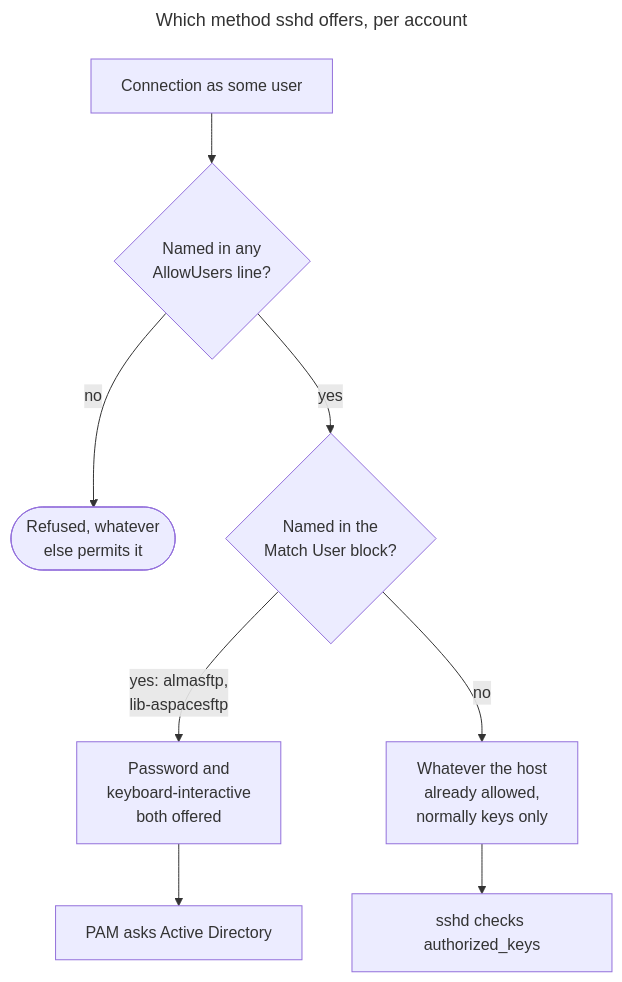
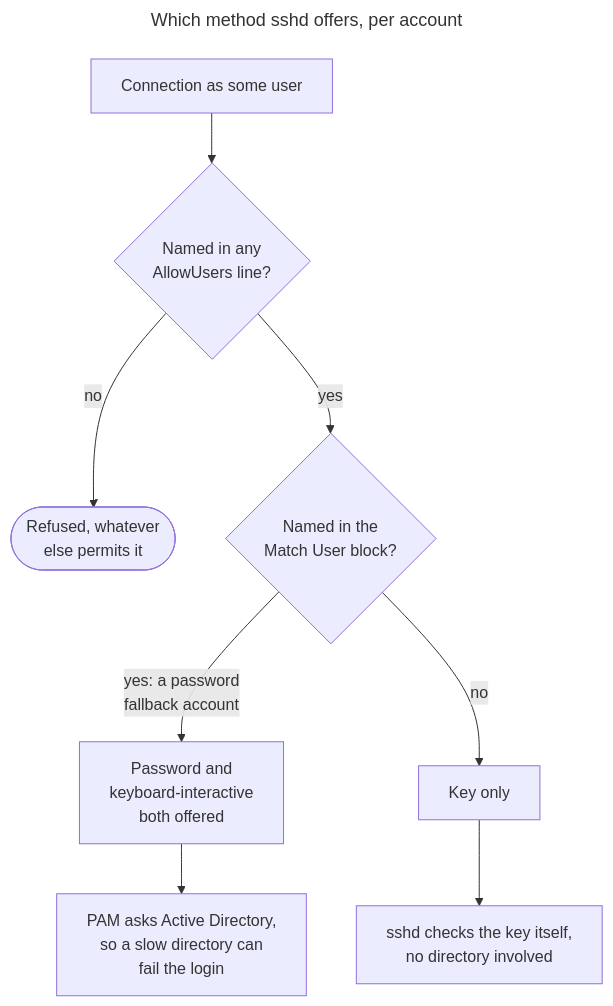
One commit to pulibrary/princeton_ansible changed the first of 2 diagrams in roles/lib_sftp/AUTH_FLOW.md. Above: the diagram before and after it, drawn with Mermaid. The commit also changed other lines of this file and 13 other files, not shown here.

First line of the commit message:
[lib_sftp] authenticate the sandbox transfer accounts with keys

````diff
--- a/roles/lib_sftp/AUTH_FLOW.md
+++ b/roles/lib_sftp/AUTH_FLOW.md
@@ -29,13 +37,13 @@
 ```mermaid
 ---
 title: "Which method sshd offers, per account"
 ---
 flowchart TD
   L["Connection as some user"] --> A{"Named in any<br/>AllowUsers line?"}
   A -->|no| DENY(["Refused, whatever<br/>else permits it"])
   A -->|yes| M{"Named in the<br/>Match User block?"}
-  M -->|"yes: almasftp,<br/>lib-aspacesftp"| PW["Password and<br/>keyboard-interactive<br/>both offered"]
-  M -->|no| KEY["Whatever the host<br/>already allowed,<br/>normally keys only"]
-  PW --> PAM["PAM asks Active Directory"]
-  KEY --> AK["sshd checks authorized_keys"]
+  M -->|"yes: a password<br/>fallback account"| PW["Password and<br/>keyboard-interactive<br/>both offered"]
+  M -->|no| KEY["Key only"]
+  PW --> PAM["PAM asks Active Directory,<br/>so a slow directory can<br/>fail the login"]
+  KEY --> AK["sshd checks the key itself,<br/>no directory involved"]
 ```
````
